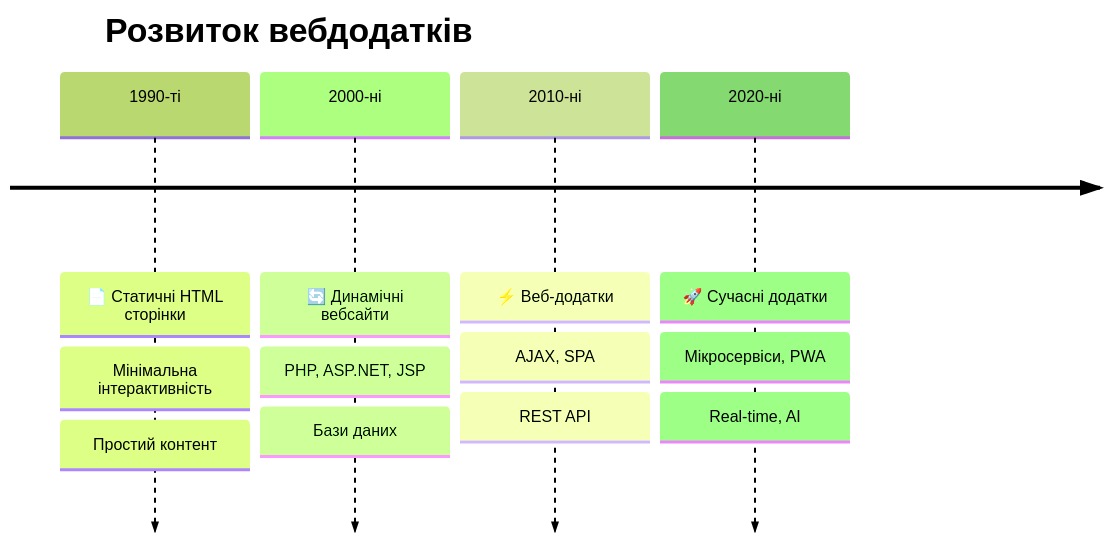
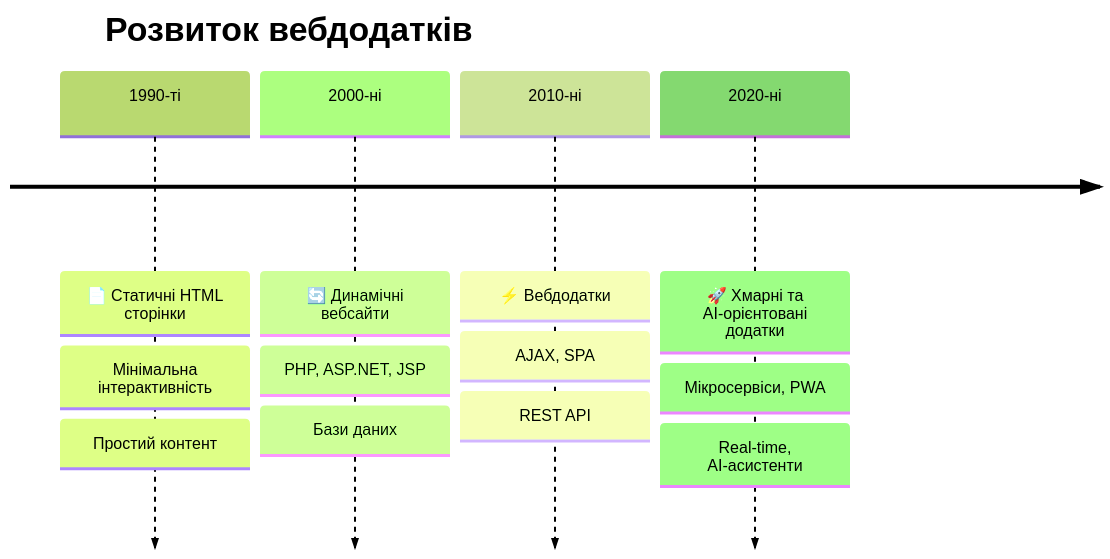
The first of 17 diagrams in presentations/presentation-01.md (olroi421/course-web), drawn with Mermaid (forest theme) before and after one commit. The commit also changed other lines of this file and 4 other files, not shown here.

````diff
--- a/presentations/presentation-01.md
+++ b/presentations/presentation-01.md
@@ -18,20 +31,20 @@
 ```mermaid
 timeline
     title Розвиток вебдодатків
 
     1990-ті : 📄 Статичні HTML сторінки
              : Мінімальна інтерактивність
              : Простий контент
 
     2000-ні : 🔄 Динамічні вебсайти
              : PHP, ASP.NET, JSP
              : Бази даних
 
-    2010-ні : ⚡ Веб-додатки
+    2010-ні : ⚡ Вебдодатки
              : AJAX, SPA
              : REST API
 
-    2020-ні : 🚀 Сучасні додатки
+    2020-ні : 🚀 Хмарні та AI-орієнтовані додатки
              : Мікросервіси, PWA
-             : Real-time, AI
+             : Real-time, AI-асистенти
 ```
````
